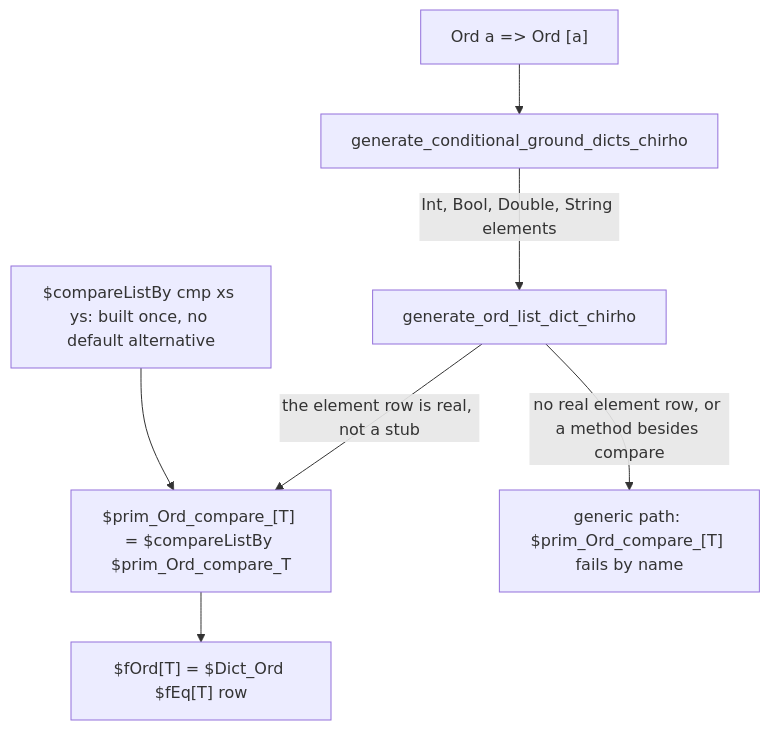
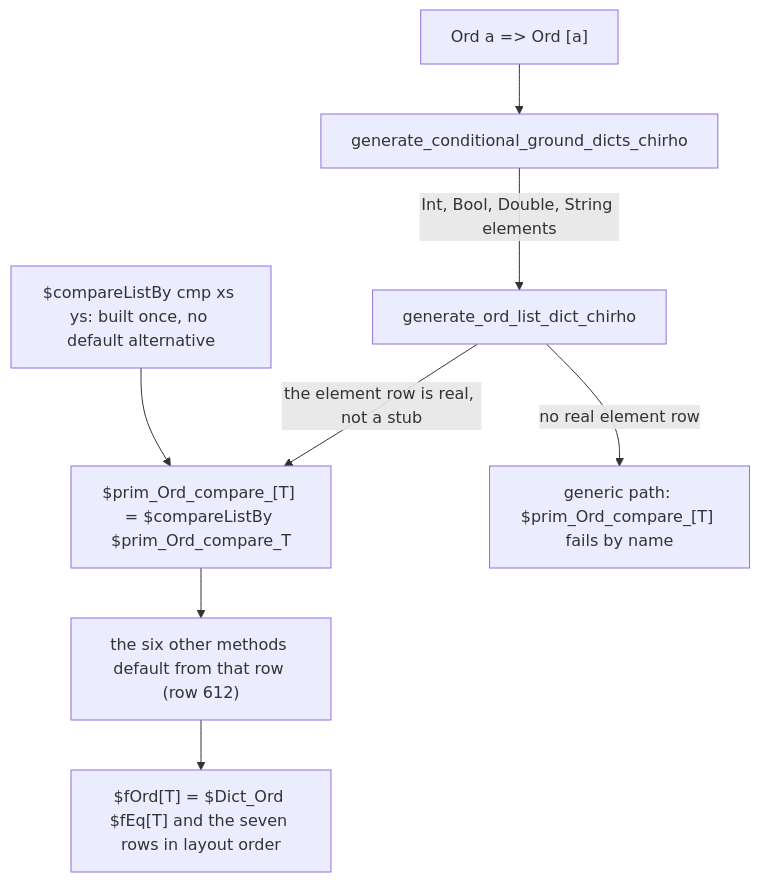
Before and after one commit to loveJesus/haskelujah-chirho: the tenth of 18 diagrams in spec-chirho/workflows-chirho/language-features-chirho/dictionary-evidence-chirho.md, drawn with Mermaid. The commit also changed other lines of this file and 17 other files, not shown here.

First line of the commit message:
fix(ord): Ord's seven methods default from compare (row 612)

````diff
--- a/spec-chirho/workflows-chirho/language-features-chirho/dictionary-evidence-chirho.md
+++ b/spec-chirho/workflows-chirho/language-features-chirho/dictionary-evidence-chirho.md
@@ -655,9 +678,10 @@
 ```mermaid
 flowchart TD
     inst_ol_chirho["Ord a => Ord [a]"] --> gen_ol_chirho[generate_conditional_ground_dicts_chirho]
     gen_ol_chirho -->|Int, Bool, Double, String elements| ord_ol_chirho[generate_ord_list_dict_chirho]
     ord_ol_chirho -->|the element row is real, not a stub| row_ol_chirho["$prim_Ord_compare_[T] = $compareListBy $prim_Ord_compare_T"]
-    row_ol_chirho --> dict_ol_chirho["$fOrd[T] = $Dict_Ord $fEq[T] row"]
+    row_ol_chirho --> defaults_ol_chirho["the six other methods default from that row (row 612)"]
+    defaults_ol_chirho --> dict_ol_chirho["$fOrd[T] = $Dict_Ord $fEq[T] and the seven rows in layout order"]
     shared_ol_chirho["$compareListBy cmp xs ys: built once, no default alternative"] --> row_ol_chirho
-    ord_ol_chirho -->|no real element row, or a method besides compare| stub_ol_chirho["generic path: $prim_Ord_compare_[T] fails by name"]
+    ord_ol_chirho -->|no real element row| stub_ol_chirho["generic path: $prim_Ord_compare_[T] fails by name"]
 ```
````
